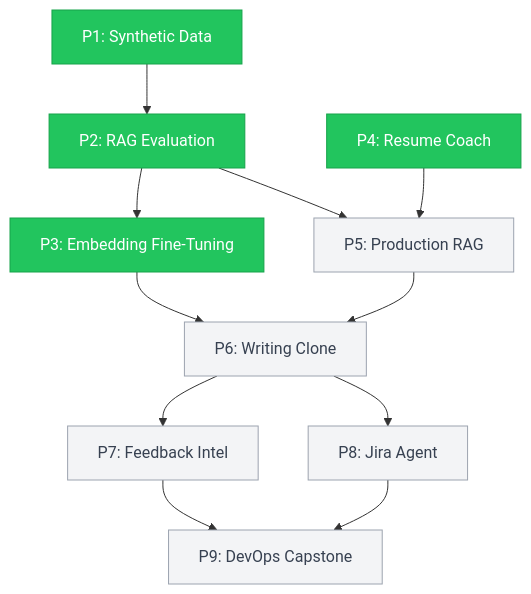
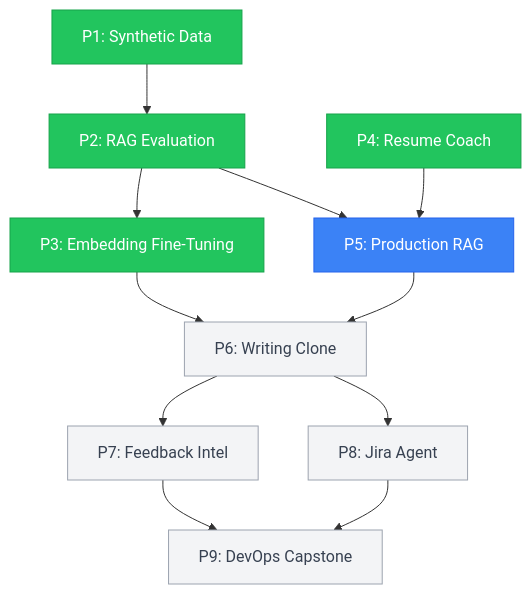
The diagram in README.md (rubsj/ai-portfolio), drawn with Mermaid before and after one commit. The commit also changed other lines of this file and 1504 other files, not shown here.

````diff
--- a/README.md
+++ b/README.md
@@ -11,16 +95,17 @@
 ```mermaid
 graph TD
     classDef done fill:#22c55e,stroke:#16a34a,color:#fff
+    classDef active fill:#3b82f6,stroke:#2563eb,color:#fff
     classDef upcoming fill:#f3f4f6,stroke:#9ca3af,color:#374151
 
     P1[P1: Synthetic Data]:::done --> P2[P2: RAG Evaluation]:::done
-    P4[P4: Resume Coach]:::done --> P5[P5: Production RAG]:::upcoming
+    P4[P4: Resume Coach]:::done --> P5[P5: Production RAG]:::active
     P2 --> P3[P3: Embedding Fine-Tuning]:::done
     P2 --> P5
     P3 --> P6[P6: Writing Clone]:::upcoming
     P5 --> P6
     P6 --> P7[P7: Feedback Intel]:::upcoming
     P6 --> P8[P8: Jira Agent]:::upcoming
     P7 --> P9[P9: DevOps Capstone]:::upcoming
     P8 --> P9
 ```
````
